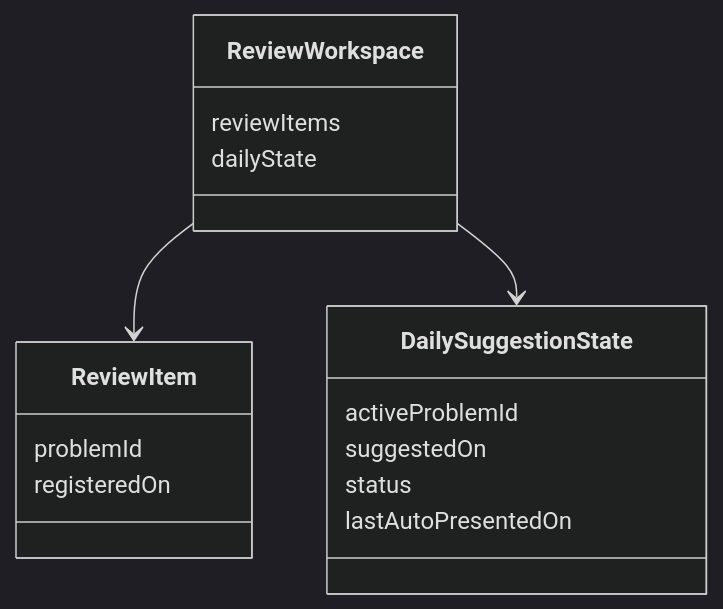
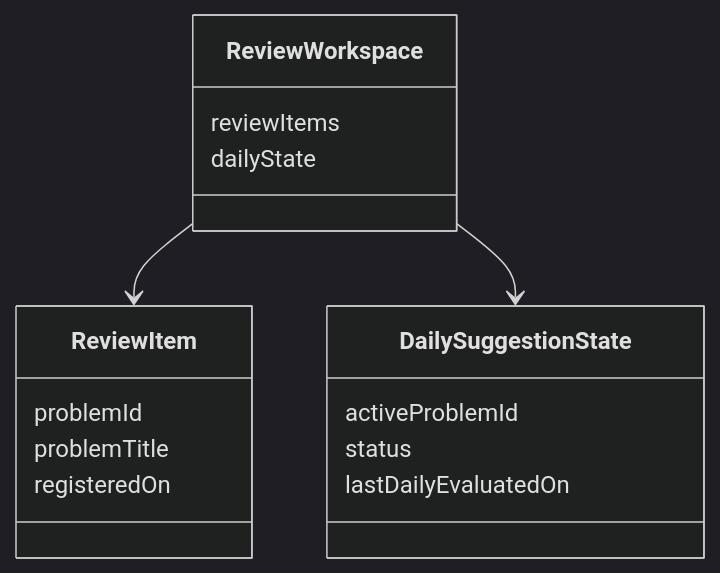
Before and after one commit to yiwiy9/ac-revisit: the fourth of 4 diagrams in .kiro/specs/atcoder-review-suggester/design.md, drawn with Mermaid (dark theme). The commit also changed other lines of this file and 2 other files, not shown here.

````diff
--- a/.kiro/specs/atcoder-review-suggester/design.md
+++ b/.kiro/specs/atcoder-review-suggester/design.md
@@ -850,19 +1335,19 @@
 ```mermaid
 classDiagram
     class ReviewWorkspace {
       reviewItems
       dailyState
     }
     class ReviewItem {
       problemId
+      problemTitle
       registeredOn
     }
     class DailySuggestionState {
       activeProblemId
-      suggestedOn
       status
-      lastAutoPresentedOn
+      lastDailyEvaluatedOn
     }
     ReviewWorkspace --> ReviewItem
     ReviewWorkspace --> DailySuggestionState
 ```
````
